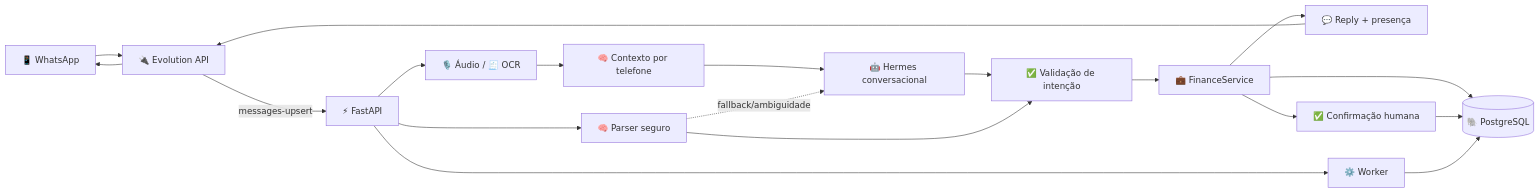
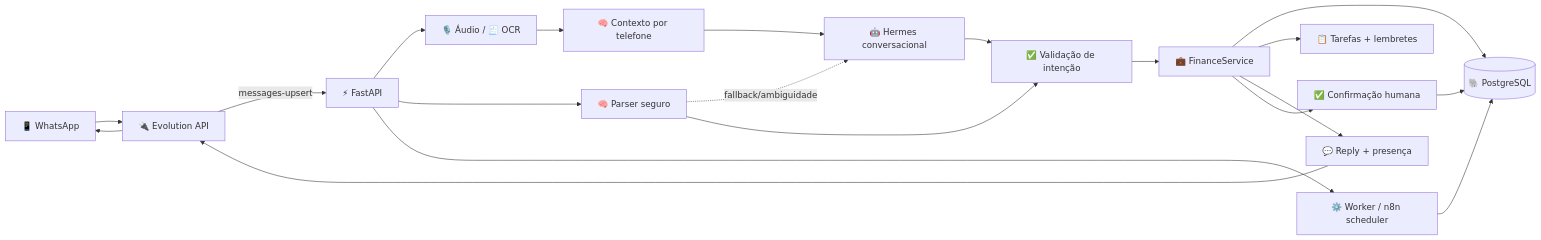
The diagram in README.md (DevFbz/CofrinIA---Agente-Financeiro), drawn with Mermaid before and after one commit. The commit also changed other lines of this file and 16 other files, not shown here.

````diff
--- a/README.md
+++ b/README.md
@@ -84,21 +88,22 @@
 ```mermaid
 flowchart LR
     W[📱 WhatsApp] --> E[🔌 Evolution API]
     E -->|messages-upsert| A[⚡ FastAPI]
     A --> M[🎙️ Áudio / 🧾 OCR]
     M --> C[🧠 Contexto por telefone]
     A --> P[🧠 Parser seguro]
     C --> H[🤖 Hermes conversacional]
     P -. fallback/ambiguidade .-> H
     H --> V[✅ Validação de intenção]
     P --> V
     V --> S[💼 FinanceService]
     S --> D[(🐘 PostgreSQL)]
+    S --> T[📋 Tarefas + lembretes]
     S --> R[💬 Reply + presença]
     R --> E
     E --> W
     S --> CFM[✅ Confirmação humana]
     CFM --> D
-    A --> WKR[⚙️ Worker]
+    A --> WKR[⚙️ Worker / n8n scheduler]
     WKR --> D
 ```
````
